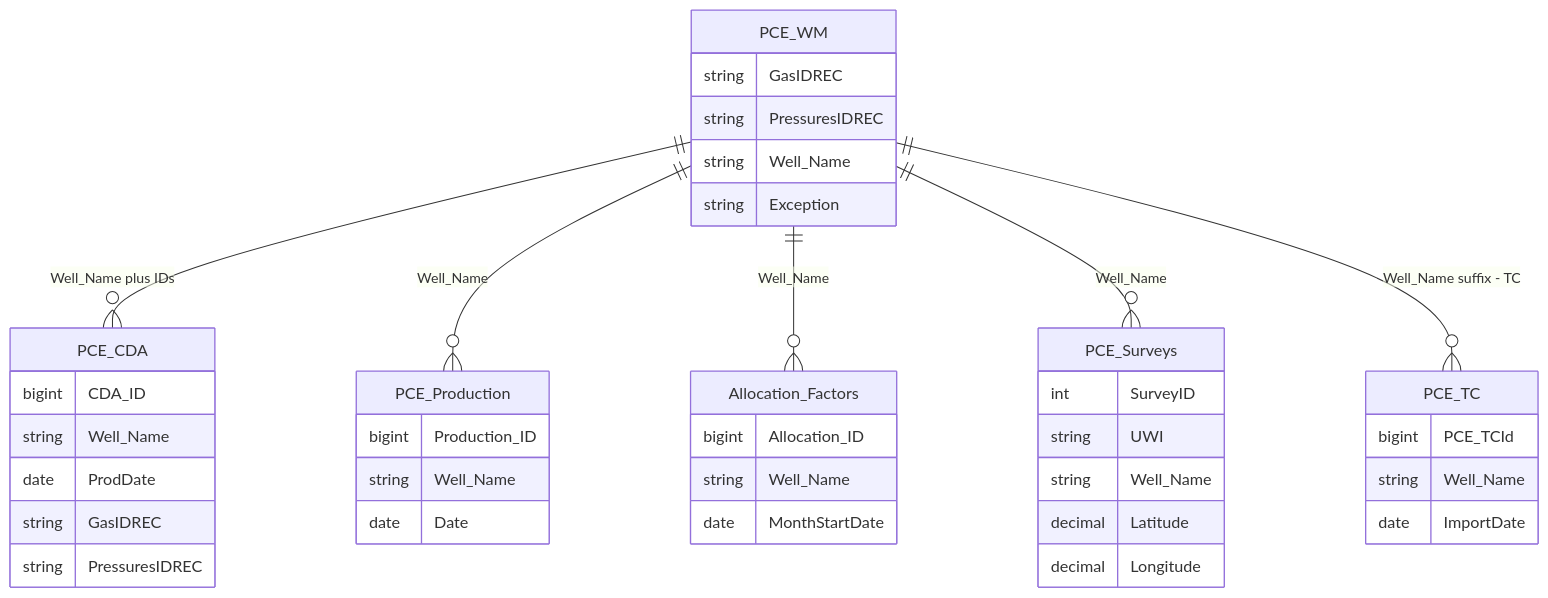
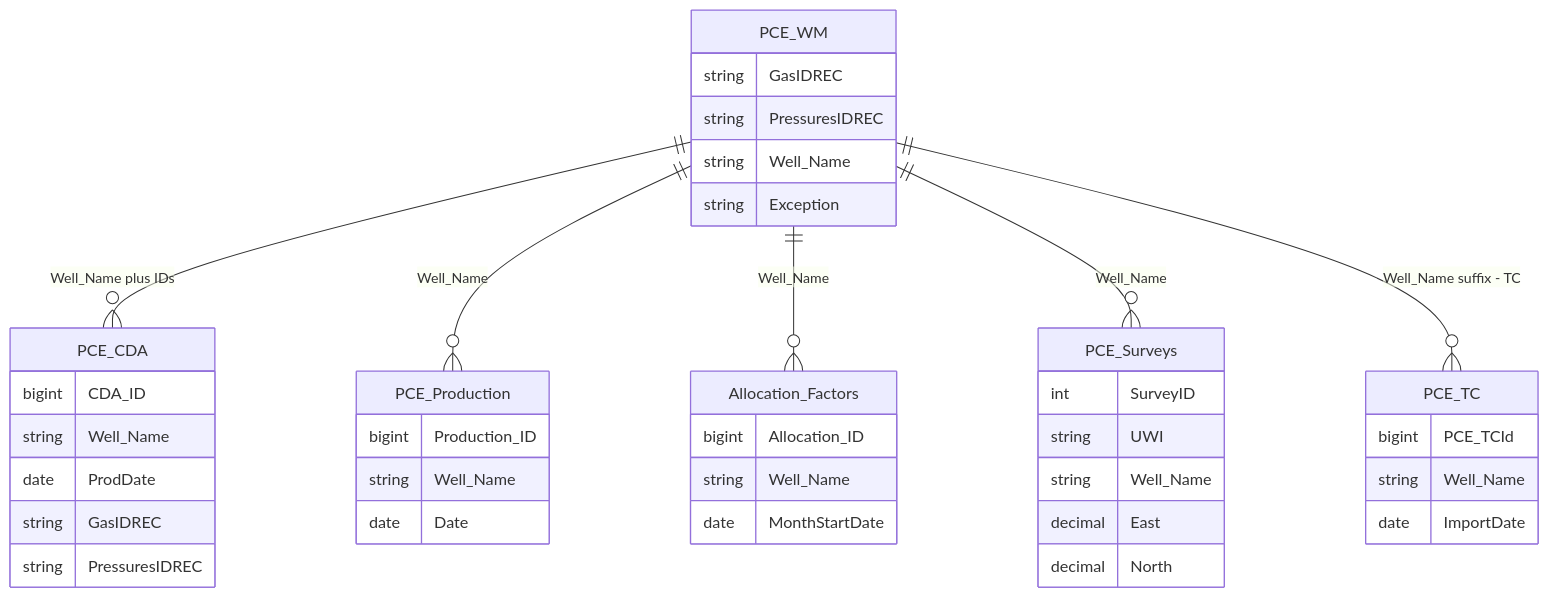
Before and after one commit to IfeanyiAyadiuno/ETL_Load: the second of 2 diagrams in docs/USER_GUIDE.md, drawn with Mermaid. The commit also changed other lines of this file and 10 other files, not shown here.

````diff
--- a/docs/USER_GUIDE.md
+++ b/docs/USER_GUIDE.md
@@ -600,44 +600,44 @@
 ```mermaid
 erDiagram
   PCE_WM {
     string GasIDREC
     string PressuresIDREC
     string Well_Name
     string Exception
   }
   PCE_CDA {
     bigint CDA_ID
     string Well_Name
     date ProdDate
     string GasIDREC
     string PressuresIDREC
   }
   PCE_Production {
     bigint Production_ID
     string Well_Name
     date Date
   }
   Allocation_Factors {
     bigint Allocation_ID
     string Well_Name
     date MonthStartDate
   }
   PCE_Surveys {
     int SurveyID
     string UWI
     string Well_Name
-    decimal Latitude
-    decimal Longitude
+    decimal East
+    decimal North
   }
   PCE_TC {
     bigint PCE_TCId
     string Well_Name
     date ImportDate
   }
 
   PCE_WM ||--o{ PCE_CDA : "Well_Name plus IDs"
   PCE_WM ||--o{ PCE_Production : "Well_Name"
   PCE_WM ||--o{ Allocation_Factors : "Well_Name"
   PCE_WM ||--o{ PCE_Surveys : "Well_Name"
   PCE_WM ||--o{ PCE_TC : "Well_Name suffix - TC"
 ```
````
